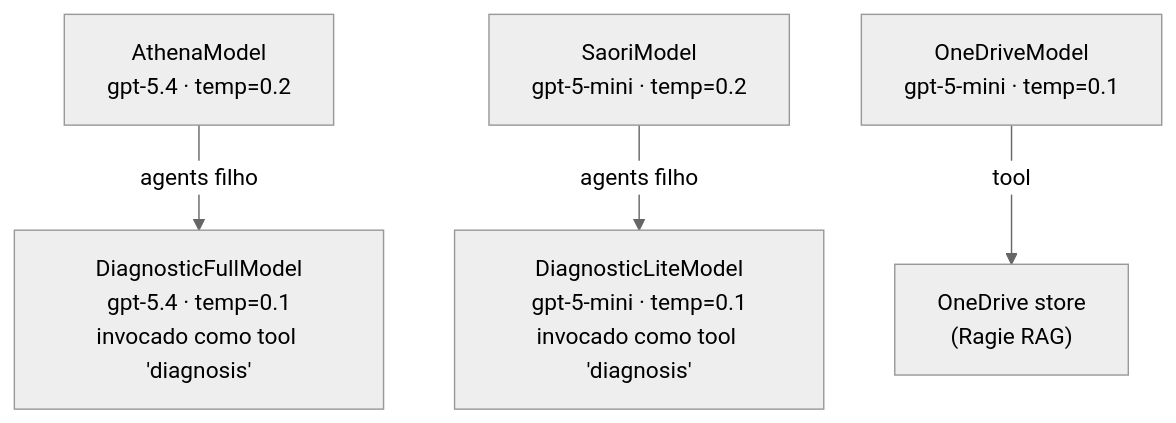
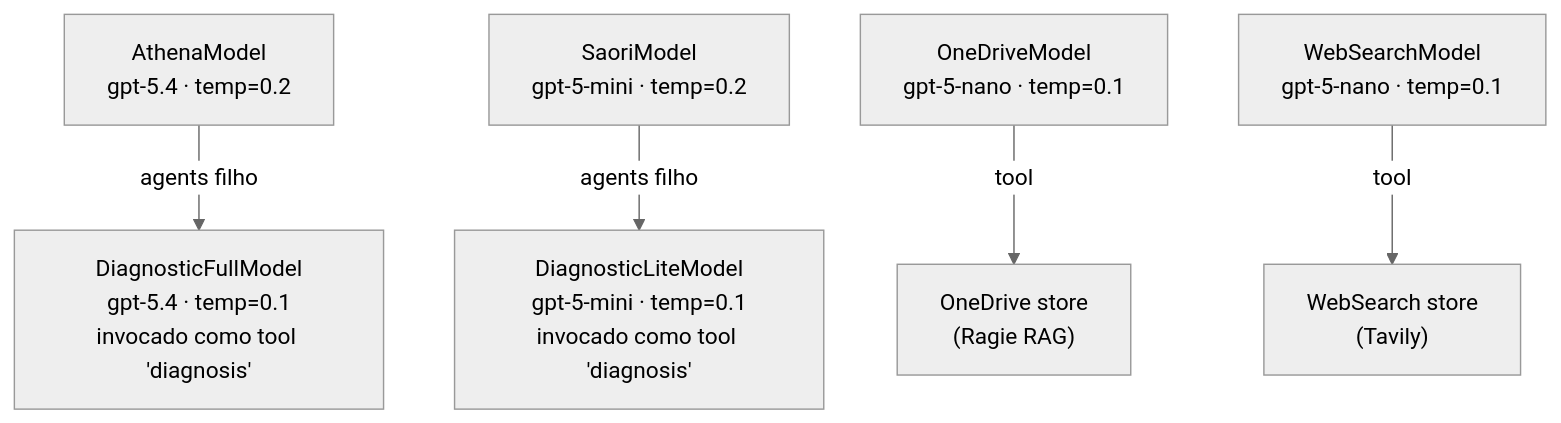
One commit to ZeusAgrotech/olympus-ai-backend changed the second of 2 diagrams in models/README.md. Above: the diagram before and after it, drawn with Mermaid (neutral theme). The commit also changed other lines of this file and 2 other files, not shown here.

````diff
--- a/models/README.md
+++ b/models/README.md
@@ -122,15 +122,19 @@
 ```mermaid
 flowchart TD
     Athena["AthenaModel\ngpt-5.4 · temp=0.2"]
     DiagFull["DiagnosticFullModel\ngpt-5.4 · temp=0.1\ninvocado como tool 'diagnosis'"]
 
     Saori["SaoriModel\ngpt-5-mini · temp=0.2"]
     DiagLite["DiagnosticLiteModel\ngpt-5-mini · temp=0.1\ninvocado como tool 'diagnosis'"]
 
-    OneDriveM["OneDriveModel\ngpt-5-mini · temp=0.1"]
+    OneDriveM["OneDriveModel\ngpt-5-nano · temp=0.1"]
     OneDriveS["OneDrive store\n(Ragie RAG)"]
+
+    WebSearchM["WebSearchModel\ngpt-5-nano · temp=0.1"]
+    WebSearchS["WebSearch store\n(Tavily)"]
 
     Athena -->|agents filho| DiagFull
     Saori -->|agents filho| DiagLite
     OneDriveM -->|tool| OneDriveS
+    WebSearchM -->|tool| WebSearchS
 ```
````
